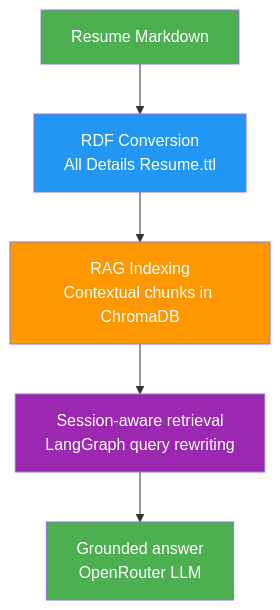
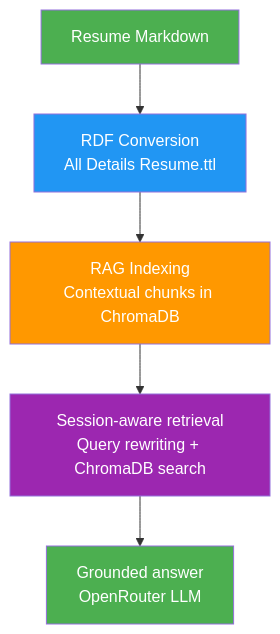
One commit to dooa-ansari/personal-knowledge-graph-LLM changed the first of 2 diagrams in README.md. Above: the diagram before and after it, drawn with Mermaid. The commit also changed other lines of this file and 23 other files, not shown here.

````diff
--- a/README.md
+++ b/README.md
@@ -169,13 +169,13 @@
 ```mermaid
 flowchart TD
     A[Resume Markdown] --> B["RDF Conversion<br/>All Details Resume.ttl"]
     B --> C["RAG Indexing<br/>Contextual chunks in ChromaDB"]
-    C --> D["Session-aware retrieval<br/>LangGraph query rewriting"]
+    C --> D["Session-aware retrieval<br/>Query rewriting + ChromaDB search"]
     D --> E["Grounded answer<br/>OpenRouter LLM"]
 
     style A fill:#4CAF50,color:#fff
     style B fill:#2196F3,color:#fff
     style C fill:#FF9800,color:#fff
     style D fill:#9C27B0,color:#fff
     style E fill:#4CAF50,color:#fff
 ```
````
